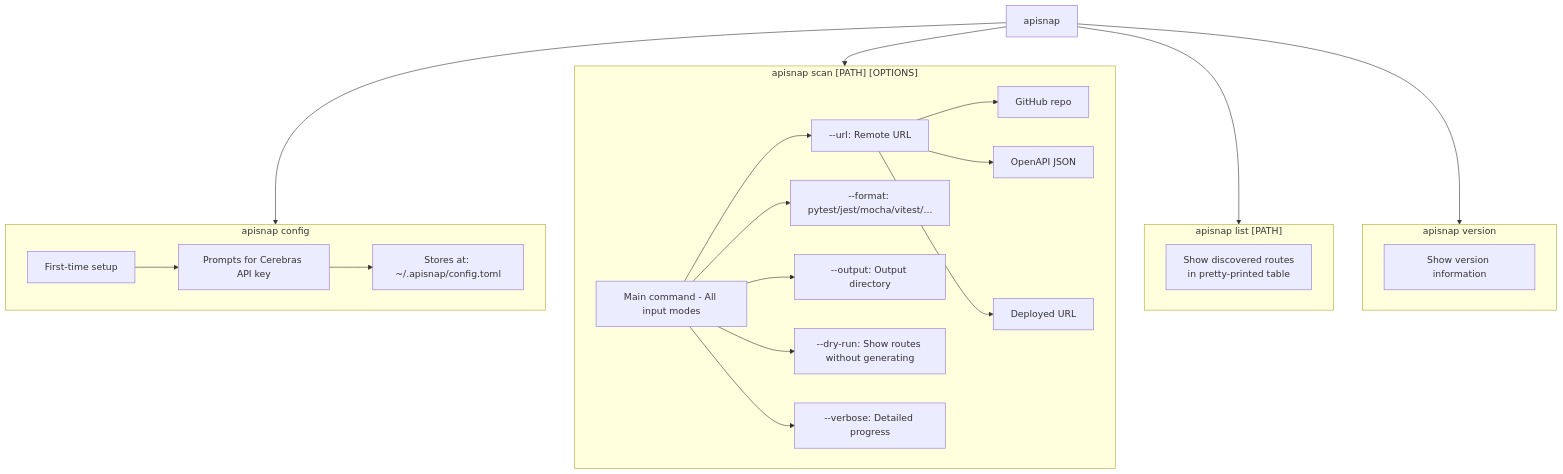
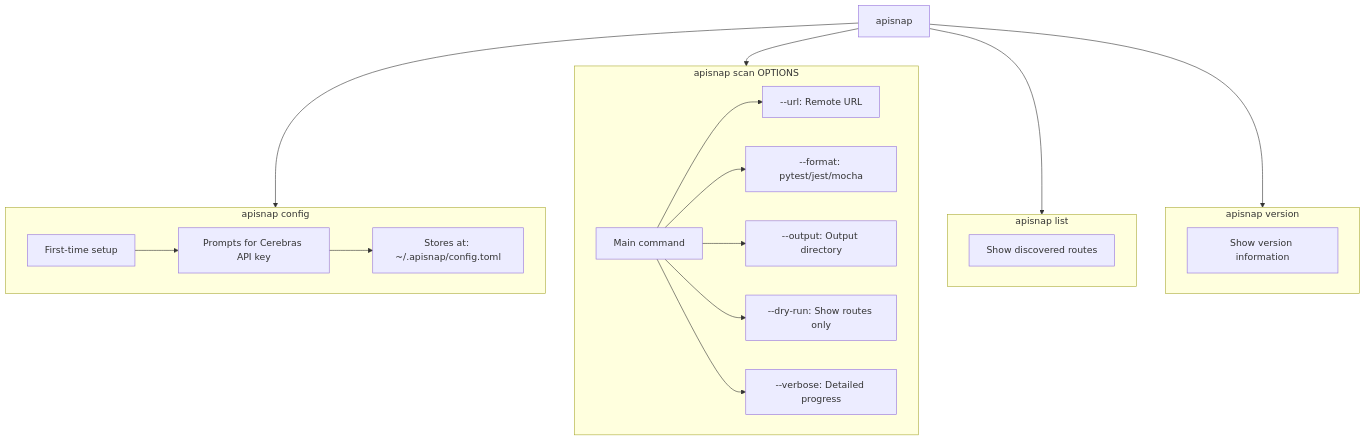
The fourth of 5 diagrams in README.md (chirag127/apisnap), drawn with Mermaid before and after one commit. The commit also changed other lines of this file and 2 other files, not shown here.

Commit message:
feat: implement CLI and GitHub repository scanner for API test generation

````diff
--- a/README.md
+++ b/README.md
@@ -167,35 +166,32 @@
 ```mermaid
 flowchart TB
     CLI[apisnap] --> Config[apisnap config]
     CLI --> Scan[apisnap scan]
     CLI --> List[apisnap list]
     CLI --> Version[apisnap version]
 
-    subgraph Config["apisnap config"]
+    subgraph Config[apisnap config]
         C1[First-time setup]
         C2[Prompts for Cerebras API key]
         C3[Stores at: ~/.apisnap/config.toml]
         C1 --> C2 --> C3
     end
 
-    subgraph Scan["apisnap scan [PATH] [OPTIONS]"]
-        S1[Main command - All input modes]
+    subgraph Scan[apisnap scan OPTIONS]
+        S1[Main command]
         S2[--url: Remote URL]
-        S2 --> S2a[GitHub repo]
-        S2 --> S2b[OpenAPI JSON]
-        S2 --> S2c[Deployed URL]
-        S3[--format: pytest/jest/mocha/vitest/...]
+        S3[--format: pytest/jest/mocha]
         S4[--output: Output directory]
-        S5[--dry-run: Show routes without generating]
+        S5[--dry-run: Show routes only]
         S6[--verbose: Detailed progress]
         S1 --> S2 & S3 & S4 & S5 & S6
     end
 
-    subgraph List["apisnap list [PATH]"]
-        L1[Show discovered routes<br/>in pretty-printed table]
+    subgraph List[apisnap list]
+        L1[Show discovered routes]
     end
 
-    subgraph Version["apisnap version"]
+    subgraph Version[apisnap version]
         V1[Show version information]
     end
 ```
````
